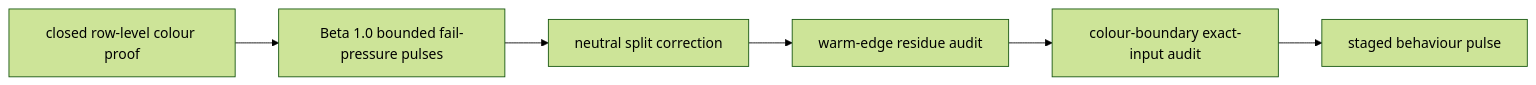
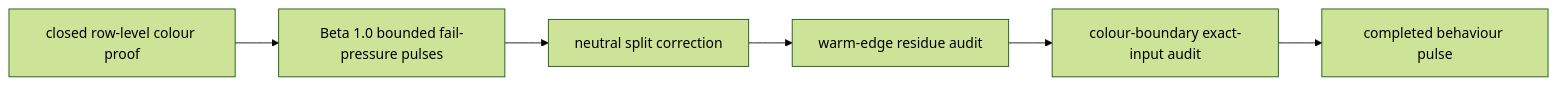
One commit to tryskian/huemiliator changed the diagram in docs/research/README.md. Above: the diagram before and after it, drawn with Mermaid (forest theme). The commit also changed other lines of this file and 27 other files, not shown here.

````diff
--- a/docs/research/README.md
+++ b/docs/research/README.md
@@ -29,8 +31,8 @@
 ```mermaid
 flowchart LR
   A["closed row-level colour proof"] --> B["Beta 1.0 bounded fail-pressure pulses"]
   B --> C["neutral split correction"]
   C --> D["warm-edge residue audit"]
   D --> E["colour-boundary exact-input audit"]
-  E --> F["staged behaviour pulse"]
+  E --> F["completed behaviour pulse"]
 ```
````
